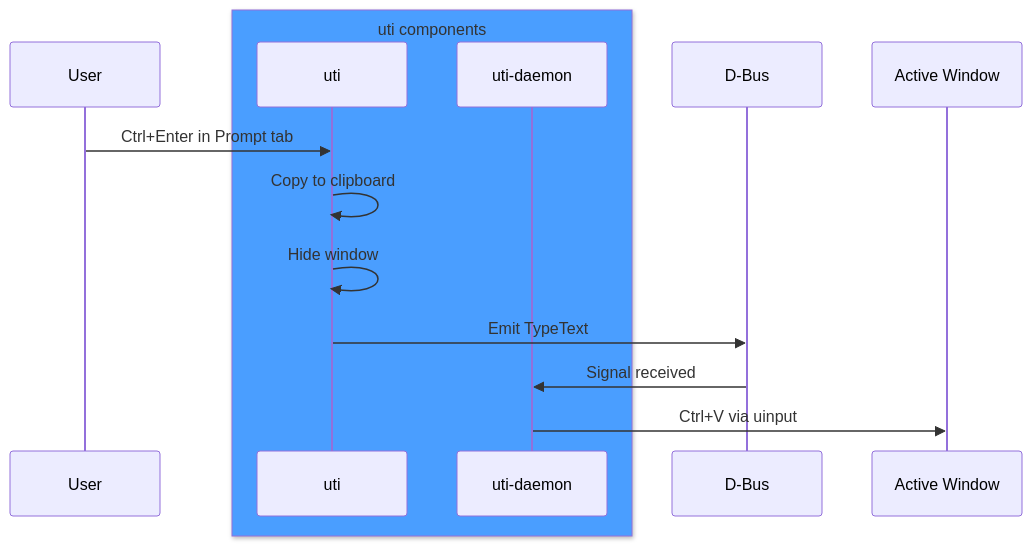
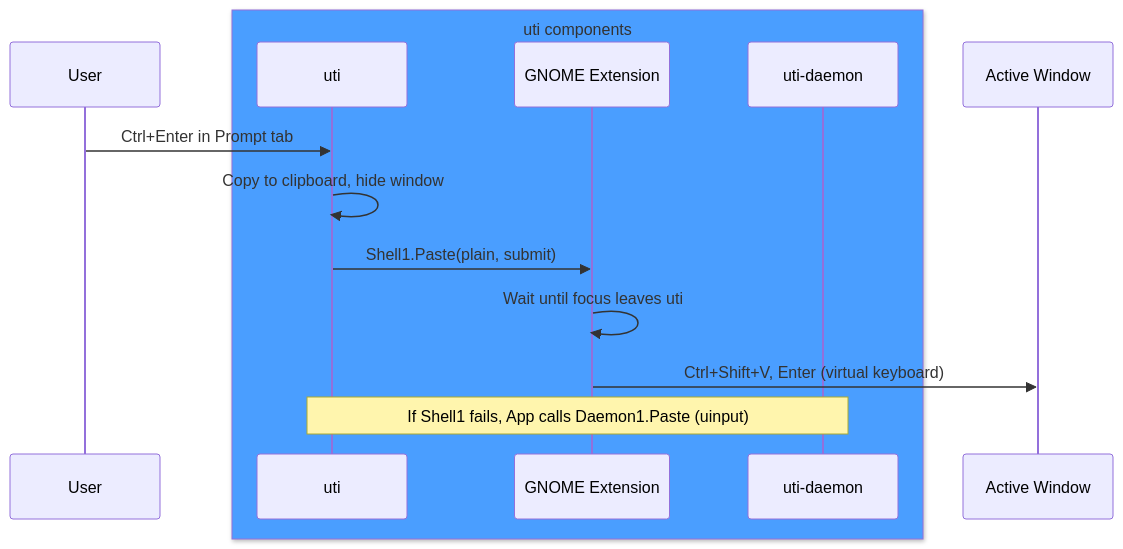
One commit to noppomario/uti changed the third of 3 diagrams in docs/ARCHITECTURE.md. Above: the diagram before and after it, drawn with Mermaid. The commit also changed other lines of this file and 2 other files, not shown here.

First line of the commit message:
docs: describe Phase 1 D-Bus contract and panel menu

````diff
--- a/docs/ARCHITECTURE.md
+++ b/docs/ARCHITECTURE.md
@@ -165,17 +126,17 @@
 ```mermaid
 sequenceDiagram
     participant User
     box rgb(74, 158, 255) uti components
         participant App as uti
+        participant Ext as GNOME Extension
         participant Daemon as uti-daemon
     end
-    participant DBus as D-Bus
     participant Target as Active Window
 
     User->>App: Ctrl+Enter in Prompt tab
-    App->>App: Copy to clipboard
-    App->>App: Hide window
-    App->>DBus: Emit TypeText
-    DBus->>Daemon: Signal received
-    Daemon->>Target: Ctrl+V via uinput
+    App->>App: Copy to clipboard, hide window
+    App->>Ext: Shell1.Paste(plain, submit)
+    Ext->>Ext: Wait until focus leaves uti
+    Ext->>Target: Ctrl+Shift+V, Enter (virtual keyboard)
+    Note over App,Daemon: If Shell1 fails, App calls Daemon1.Paste (uinput)
 ```
````
